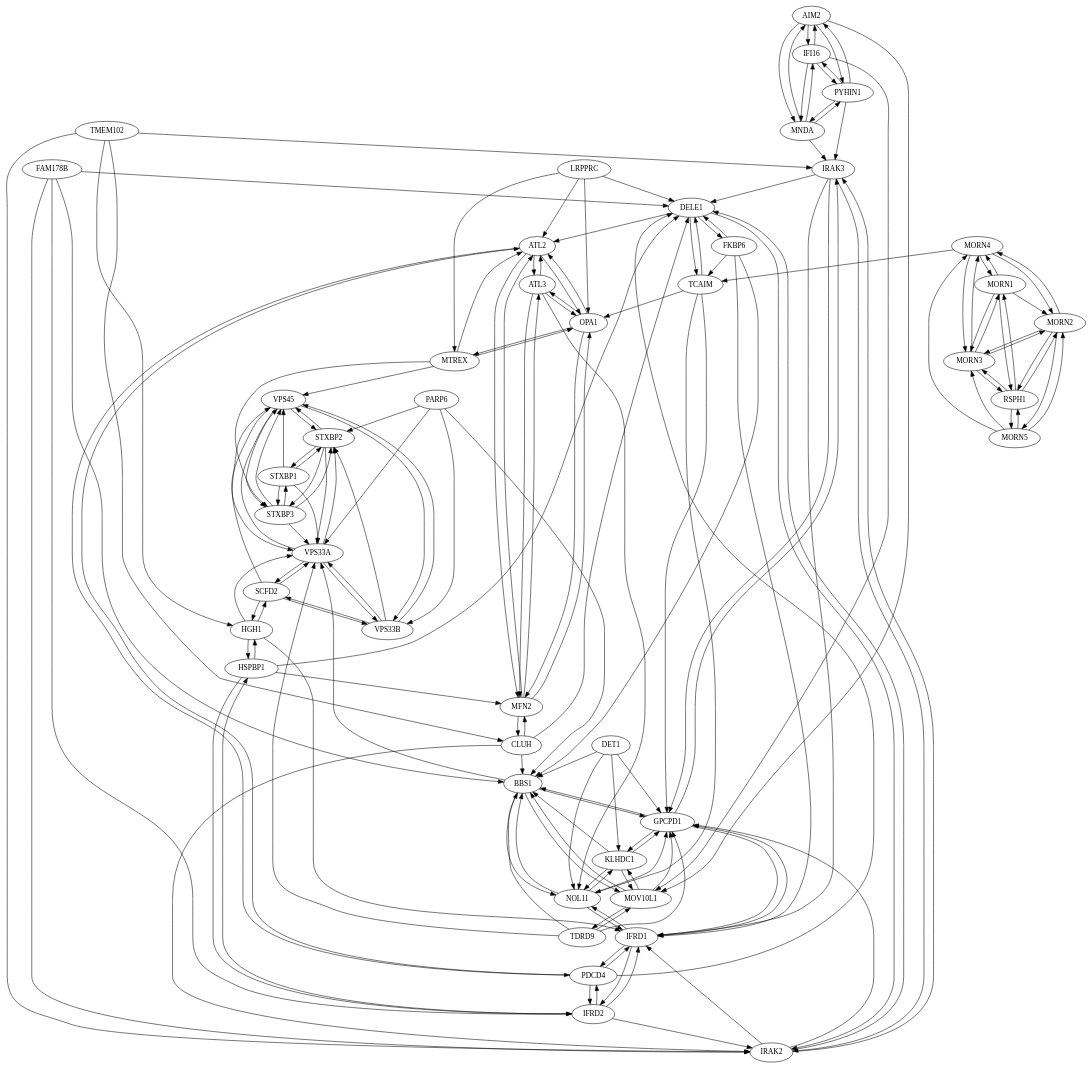
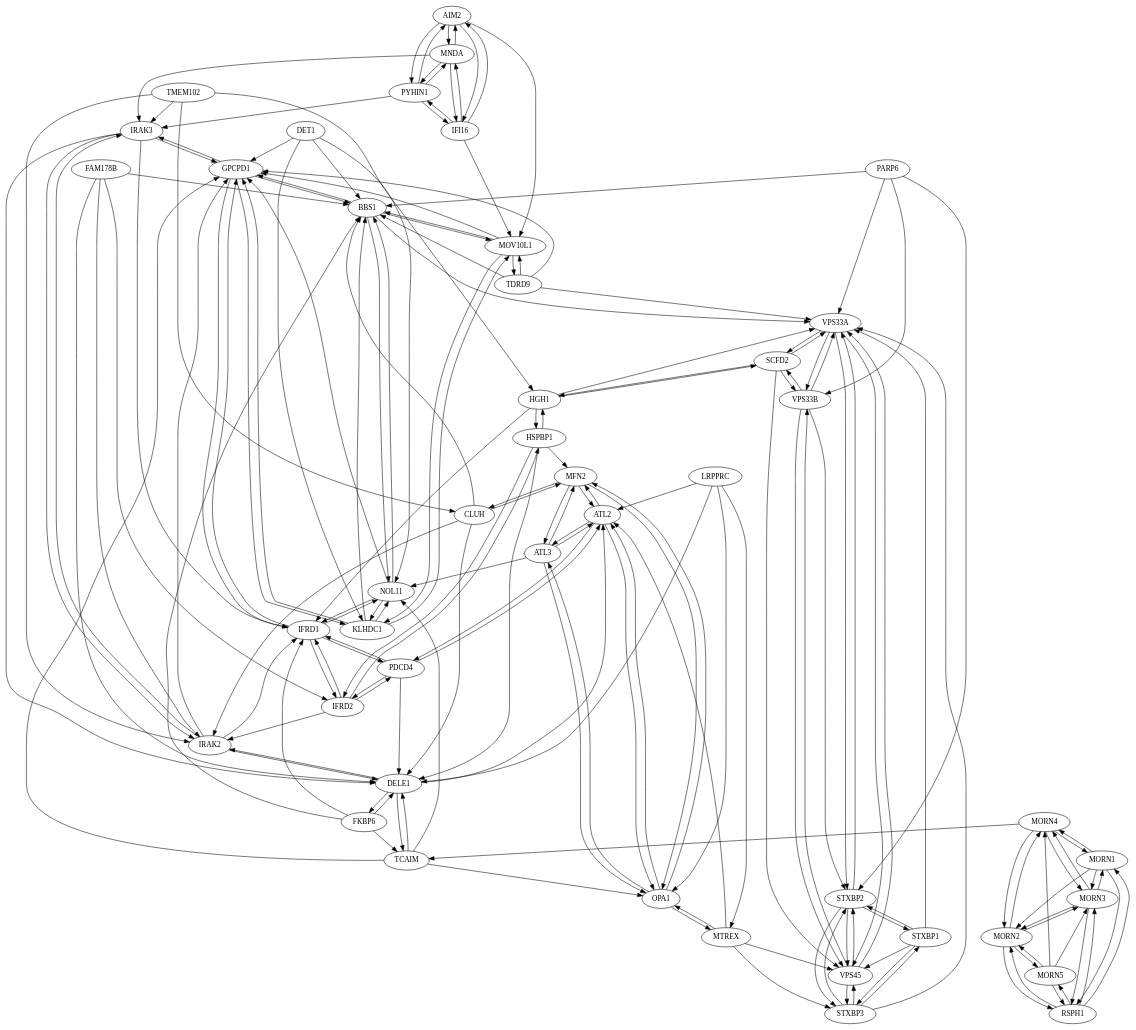
The diagram in v6/graphs/337.graph.dot (leonfrench/map-of-proteins-data), drawn with Graphviz before and after one commit. The commit also changed 457 other files, not shown here.

```diff
--- a/v6/graphs/337.graph.dot
+++ b/v6/graphs/337.graph.dot
@@ -1,222 +1,222 @@
 digraph G {
-"AIM2" ["l"="33.614792,0.834259"]
-"ATL2" ["l"="33.859348,-0.109298"]
-"ATL3" ["l"="34.059780,-0.148251"]
-"BBS1" ["l"="34.099655,0.879718"]
-"CLUH" ["l"="35.889523,-0.834135"]
-"DELE1" ["l"="31.828526,0.252847"]
-"DET1" ["l"="34.941544,0.679313"]
-"FAM178B" ["l"="35.104687,0.315275"]
-"FKBP6" ["l"="33.106407,1.098987"]
-"GPCPD1" ["l"="34.541611,1.039484"]
-"HGH1" ["l"="33.092319,0.328753"]
-"HSPBP1" ["l"="32.308960,0.352721"]
-"IFI16" ["l"="32.536552,0.805157"]
-"IFRD1" ["l"="33.137852,0.355464"]
-"IFRD2" ["l"="33.610489,0.773821"]
-"IRAK2" ["l"="31.879217,0.241009"]
-"IRAK3" ["l"="33.906845,0.502976"]
-"KLHDC1" ["l"="34.665222,0.000389"]
-"LRPPRC" ["l"="35.228863,-0.545729"]
-"MFN2" ["l"="32.882519,1.427433"]
-"MNDA" ["l"="32.970039,0.688924"]
-"MORN1" ["l"="34.025578,0.745406"]
-"MORN2" ["l"="33.846882,0.887772"]
-"MORN3" ["l"="33.435501,0.659262"]
-"MORN4" ["l"="35.296494,1.208142"]
-"MORN5" ["l"="33.122074,0.863422"]
-"MOV10L1" ["l"="32.929832,1.446775"]
-"MTREX" ["l"="34.613304,1.233159"]
-"NOL11" ["l"="33.060856,-0.213965"]
-"OPA1" ["l"="34.455662,0.403215"]
-"PARP6" ["l"="33.094704,1.710131"]
-"PDCD4" ["l"="32.265141,1.082936"]
-"PYHIN1" ["l"="32.294514,0.839730"]
-"RSPH1" ["l"="32.698730,0.340717"]
-"SCFD2" ["l"="35.012615,1.438157"]
-"STXBP1" ["l"="35.371799,0.558243"]
-"STXBP2" ["l"="34.487358,1.161938"]
-"STXBP3" ["l"="35.689655,1.030069"]
-"TCAIM" ["l"="34.429928,1.864681"]
-"TDRD9" ["l"="33.314529,1.277954"]
-"TMEM102" ["l"="34.431484,-0.468807"]
-"VPS33A" ["l"="35.523216,1.224516"]
-"VPS33B" ["l"="34.512119,1.142247"]
-"VPS45" ["l"="35.144524,0.751877"]
-"AIM2" -> "MNDA"
-"AIM2" -> "PYHIN1"
-"AIM2" -> "IFI16"
-"AIM2" -> "MOV10L1"
-"ATL2" -> "ATL3"
-"ATL2" -> "OPA1"
-"ATL2" -> "MFN2"
-"ATL2" -> "PDCD4"
-"ATL3" -> "ATL2"
-"ATL3" -> "MFN2"
-"ATL3" -> "OPA1"
-"ATL3" -> "NOL11"
-"BBS1" -> "NOL11"
-"BBS1" -> "MOV10L1"
-"BBS1" -> "VPS33A"
-"BBS1" -> "GPCPD1"
-"CLUH" -> "MFN2"
-"CLUH" -> "IRAK2"
-"CLUH" -> "BBS1"
-"CLUH" -> "DELE1"
-"DELE1" -> "TCAIM"
-"DELE1" -> "IRAK2"
-"DELE1" -> "ATL2"
-"DELE1" -> "FKBP6"
-"DET1" -> "GPCPD1"
-"DET1" -> "BBS1"
-"DET1" -> "KLHDC1"
-"DET1" -> "NOL11"
-"FAM178B" -> "IRAK2"
-"FAM178B" -> "DELE1"
-"FAM178B" -> "BBS1"
-"FAM178B" -> "IFRD2"
-"FKBP6" -> "DELE1"
-"FKBP6" -> "TCAIM"
-"FKBP6" -> "BBS1"
-"FKBP6" -> "IFRD1"
-"GPCPD1" -> "KLHDC1"
-"GPCPD1" -> "IRAK3"
-"GPCPD1" -> "BBS1"
-"GPCPD1" -> "IFRD1"
-"HGH1" -> "HSPBP1"
-"HGH1" -> "SCFD2"
-"HGH1" -> "IFRD1"
-"HGH1" -> "VPS33A"
-"HSPBP1" -> "HGH1"
-"HSPBP1" -> "MFN2"
-"HSPBP1" -> "IFRD2"
-"HSPBP1" -> "DELE1"
-"IFI16" -> "PYHIN1"
-"IFI16" -> "MNDA"
-"IFI16" -> "AIM2"
-"IFI16" -> "MOV10L1"
-"IFRD1" -> "IFRD2"
-"IFRD1" -> "PDCD4"
-"IFRD1" -> "GPCPD1"
-"IFRD1" -> "NOL11"
-"IFRD2" -> "IFRD1"
-"IFRD2" -> "PDCD4"
-"IFRD2" -> "HSPBP1"
-"IFRD2" -> "IRAK2"
-"IRAK2" -> "IRAK3"
-"IRAK2" -> "DELE1"
-"IRAK2" -> "GPCPD1"
-"IRAK2" -> "IFRD1"
-"IRAK3" -> "IRAK2"
-"IRAK3" -> "GPCPD1"
-"IRAK3" -> "IFRD1"
-"IRAK3" -> "DELE1"
-"KLHDC1" -> "GPCPD1"
-"KLHDC1" -> "NOL11"
-"KLHDC1" -> "BBS1"
-"KLHDC1" -> "MOV10L1"
-"LRPPRC" -> "OPA1"
-"LRPPRC" -> "MTREX"
-"LRPPRC" -> "ATL2"
-"LRPPRC" -> "DELE1"
-"MFN2" -> "ATL3"
-"MFN2" -> "ATL2"
-"MFN2" -> "OPA1"
-"MFN2" -> "CLUH"
-"MNDA" -> "PYHIN1"
-"MNDA" -> "IFI16"
-"MNDA" -> "AIM2"
-"MNDA" -> "IRAK3"
-"MORN1" -> "MORN3"
-"MORN1" -> "RSPH1"
-"MORN1" -> "MORN4"
-"MORN1" -> "MORN2"
-"MORN2" -> "MORN4"
-"MORN2" -> "RSPH1"
-"MORN2" -> "MORN5"
-"MORN2" -> "MORN3"
-"MORN3" -> "MORN1"
-"MORN3" -> "MORN4"
-"MORN3" -> "RSPH1"
-"MORN3" -> "MORN2"
-"MORN4" -> "MORN3"
-"MORN4" -> "MORN2"
-"MORN4" -> "MORN1"
-"MORN4" -> "TCAIM"
-"MORN5" -> "MORN2"
-"MORN5" -> "RSPH1"
-"MORN5" -> "MORN3"
-"MORN5" -> "MORN4"
-"MOV10L1" -> "TDRD9"
-"MOV10L1" -> "BBS1"
-"MOV10L1" -> "KLHDC1"
-"MOV10L1" -> "GPCPD1"
-"MTREX" -> "OPA1"
-"MTREX" -> "STXBP3"
-"MTREX" -> "VPS45"
-"MTREX" -> "ATL2"
-"NOL11" -> "BBS1"
-"NOL11" -> "KLHDC1"
-"NOL11" -> "GPCPD1"
-"NOL11" -> "IFRD1"
-"OPA1" -> "ATL2"
-"OPA1" -> "MFN2"
-"OPA1" -> "MTREX"
-"OPA1" -> "ATL3"
-"PARP6" -> "VPS33B"
-"PARP6" -> "VPS33A"
-"PARP6" -> "STXBP2"
-"PARP6" -> "BBS1"
-"PDCD4" -> "IFRD1"
-"PDCD4" -> "ATL2"
-"PDCD4" -> "IFRD2"
-"PDCD4" -> "DELE1"
-"PYHIN1" -> "MNDA"
-"PYHIN1" -> "IFI16"
-"PYHIN1" -> "AIM2"
-"PYHIN1" -> "IRAK3"
-"RSPH1" -> "MORN3"
-"RSPH1" -> "MORN1"
-"RSPH1" -> "MORN2"
-"RSPH1" -> "MORN5"
-"SCFD2" -> "VPS33A"
-"SCFD2" -> "VPS33B"
-"SCFD2" -> "VPS45"
-"SCFD2" -> "HGH1"
-"STXBP1" -> "STXBP2"
-"STXBP1" -> "VPS33A"
-"STXBP1" -> "VPS45"
-"STXBP1" -> "STXBP3"
-"STXBP2" -> "VPS45"
-"STXBP2" -> "STXBP3"
-"STXBP2" -> "STXBP1"
-"STXBP2" -> "VPS33A"
-"STXBP3" -> "VPS45"
-"STXBP3" -> "STXBP2"
-"STXBP3" -> "VPS33A"
-"STXBP3" -> "STXBP1"
-"TCAIM" -> "DELE1"
-"TCAIM" -> "NOL11"
-"TCAIM" -> "GPCPD1"
-"TCAIM" -> "OPA1"
-"TDRD9" -> "MOV10L1"
-"TDRD9" -> "BBS1"
-"TDRD9" -> "GPCPD1"
-"TDRD9" -> "VPS33A"
-"TMEM102" -> "IRAK2"
-"TMEM102" -> "HGH1"
-"TMEM102" -> "IRAK3"
-"TMEM102" -> "CLUH"
-"VPS33A" -> "VPS33B"
-"VPS33A" -> "SCFD2"
-"VPS33A" -> "VPS45"
-"VPS33A" -> "STXBP2"
-"VPS33B" -> "VPS33A"
-"VPS33B" -> "VPS45"
-"VPS33B" -> "SCFD2"
-"VPS33B" -> "STXBP2"
-"VPS45" -> "STXBP3"
-"VPS45" -> "VPS33A"
-"VPS45" -> "STXBP2"
-"VPS45" -> "VPS33B"
+"AIM2" -> "MNDA";
+"AIM2" -> "PYHIN1";
+"AIM2" -> "IFI16";
+"AIM2" -> "MOV10L1";
+"ATL2" -> "ATL3";
+"ATL2" -> "OPA1";
+"ATL2" -> "MFN2";
+"ATL2" -> "PDCD4";
+"ATL3" -> "ATL2";
+"ATL3" -> "MFN2";
+"ATL3" -> "OPA1";
+"ATL3" -> "NOL11";
+"BBS1" -> "NOL11";
+"BBS1" -> "MOV10L1";
+"BBS1" -> "VPS33A";
+"BBS1" -> "GPCPD1";
+"CLUH" -> "MFN2";
+"CLUH" -> "IRAK2";
+"CLUH" -> "BBS1";
+"CLUH" -> "DELE1";
+"DELE1" -> "TCAIM";
+"DELE1" -> "IRAK2";
+"DELE1" -> "ATL2";
+"DELE1" -> "FKBP6";
+"DET1" -> "GPCPD1";
+"DET1" -> "BBS1";
+"DET1" -> "KLHDC1";
+"DET1" -> "NOL11";
+"FAM178B" -> "IRAK2";
+"FAM178B" -> "DELE1";
+"FAM178B" -> "BBS1";
+"FAM178B" -> "IFRD2";
+"FKBP6" -> "DELE1";
+"FKBP6" -> "TCAIM";
+"FKBP6" -> "BBS1";
+"FKBP6" -> "IFRD1";
+"GPCPD1" -> "KLHDC1";
+"GPCPD1" -> "IRAK3";
+"GPCPD1" -> "BBS1";
+"GPCPD1" -> "IFRD1";
+"HGH1" -> "HSPBP1";
+"HGH1" -> "SCFD2";
+"HGH1" -> "IFRD1";
+"HGH1" -> "VPS33A";
+"HSPBP1" -> "HGH1";
+"HSPBP1" -> "MFN2";
+"HSPBP1" -> "IFRD2";
+"HSPBP1" -> "DELE1";
+"IFI16" -> "PYHIN1";
+"IFI16" -> "MNDA";
+"IFI16" -> "AIM2";
+"IFI16" -> "MOV10L1";
+"IFRD1" -> "IFRD2";
+"IFRD1" -> "PDCD4";
+"IFRD1" -> "GPCPD1";
+"IFRD1" -> "NOL11";
+"IFRD2" -> "IFRD1";
+"IFRD2" -> "PDCD4";
+"IFRD2" -> "HSPBP1";
+"IFRD2" -> "IRAK2";
+"IRAK2" -> "IRAK3";
+"IRAK2" -> "DELE1";
+"IRAK2" -> "GPCPD1";
+"IRAK2" -> "IFRD1";
+"IRAK3" -> "IRAK2";
+"IRAK3" -> "GPCPD1";
+"IRAK3" -> "IFRD1";
+"IRAK3" -> "DELE1";
+"KLHDC1" -> "GPCPD1";
+"KLHDC1" -> "NOL11";
+"KLHDC1" -> "BBS1";
+"KLHDC1" -> "MOV10L1";
+"LRPPRC" -> "OPA1";
+"LRPPRC" -> "MTREX";
+"LRPPRC" -> "ATL2";
+"LRPPRC" -> "DELE1";
+"MFN2" -> "ATL3";
+"MFN2" -> "ATL2";
+"MFN2" -> "OPA1";
+"MFN2" -> "CLUH";
+"MNDA" -> "PYHIN1";
+"MNDA" -> "IFI16";
+"MNDA" -> "AIM2";
+"MNDA" -> "IRAK3";
+"MORN1" -> "MORN3";
+"MORN1" -> "RSPH1";
+"MORN1" -> "MORN4";
+"MORN1" -> "MORN2";
+"MORN2" -> "MORN4";
+"MORN2" -> "RSPH1";
+"MORN2" -> "MORN5";
+"MORN2" -> "MORN3";
+"MORN3" -> "MORN1";
+"MORN3" -> "MORN4";
+"MORN3" -> "RSPH1";
+"MORN3" -> "MORN2";
+"MORN4" -> "MORN3";
+"MORN4" -> "MORN2";
+"MORN4" -> "MORN1";
+"MORN4" -> "TCAIM";
+"MORN5" -> "MORN2";
+"MORN5" -> "RSPH1";
+"MORN5" -> "MORN3";
+"MORN5" -> "MORN4";
+"MOV10L1" -> "TDRD9";
+"MOV10L1" -> "BBS1";
+"MOV10L1" -> "KLHDC1";
+"MOV10L1" -> "GPCPD1";
+"MTREX" -> "OPA1";
+"MTREX" -> "STXBP3";
+"MTREX" -> "VPS45";
+"MTREX" -> "ATL2";
+"NOL11" -> "BBS1";
+"NOL11" -> "KLHDC1";
+"NOL11" -> "GPCPD1";
+"NOL11" -> "IFRD1";
+"OPA1" -> "ATL2";
+"OPA1" -> "MFN2";
+"OPA1" -> "MTREX";
+"OPA1" -> "ATL3";
+"PARP6" -> "VPS33B";
+"PARP6" -> "VPS33A";
+"PARP6" -> "STXBP2";
+"PARP6" -> "BBS1";
+"PDCD4" -> "IFRD1";
+"PDCD4" -> "ATL2";
+"PDCD4" -> "IFRD2";
+"PDCD4" -> "DELE1";
+"PYHIN1" -> "MNDA";
+"PYHIN1" -> "IFI16";
+"PYHIN1" -> "AIM2";
+"PYHIN1" -> "IRAK3";
+"RSPH1" -> "MORN3";
+"RSPH1" -> "MORN1";
+"RSPH1" -> "MORN2";
+"RSPH1" -> "MORN5";
+"SCFD2" -> "VPS33A";
+"SCFD2" -> "VPS33B";
+"SCFD2" -> "VPS45";
+"SCFD2" -> "HGH1";
+"STXBP1" -> "STXBP2";
+"STXBP1" -> "VPS33A";
+"STXBP1" -> "VPS45";
+"STXBP1" -> "STXBP3";
+"STXBP2" -> "VPS45";
+"STXBP2" -> "STXBP3";
+"STXBP2" -> "STXBP1";
+"STXBP2" -> "VPS33A";
+"STXBP3" -> "VPS45";
+"STXBP3" -> "STXBP2";
+"STXBP3" -> "VPS33A";
+"STXBP3" -> "STXBP1";
+"TCAIM" -> "DELE1";
+"TCAIM" -> "NOL11";
+"TCAIM" -> "GPCPD1";
+"TCAIM" -> "OPA1";
+"TDRD9" -> "MOV10L1";
+"TDRD9" -> "BBS1";
+"TDRD9" -> "GPCPD1";
+"TDRD9" -> "VPS33A";
+"TMEM102" -> "IRAK2";
+"TMEM102" -> "HGH1";
+"TMEM102" -> "IRAK3";
+"TMEM102" -> "CLUH";
+"VPS33A" -> "VPS33B";
+"VPS33A" -> "SCFD2";
+"VPS33A" -> "VPS45";
+"VPS33A" -> "STXBP2";
+"VPS33B" -> "VPS33A";
+"VPS33B" -> "VPS45";
+"VPS33B" -> "SCFD2";
+"VPS33B" -> "STXBP2";
+"VPS45" -> "STXBP3";
+"VPS45" -> "VPS33A";
+"VPS45" -> "STXBP2";
+"VPS45" -> "VPS33B";
+"AIM2" ["l"="33.614792,0.834259"];
+"ATL2" ["l"="33.859348,-0.109298"];
+"ATL3" ["l"="34.059780,-0.148251"];
+"BBS1" ["l"="34.099655,0.879718"];
+"CLUH" ["l"="35.889523,-0.834135"];
+"DELE1" ["l"="31.828526,0.252847"];
+"DET1" ["l"="34.941544,0.679313"];
+"FAM178B" ["l"="35.104687,0.315275"];
+"FKBP6" ["l"="33.106407,1.098987"];
+"GPCPD1" ["l"="34.541611,1.039484"];
+"HGH1" ["l"="33.092319,0.328753"];
+"HSPBP1" ["l"="32.308960,0.352721"];
+"IFI16" ["l"="32.536552,0.805157"];
+"IFRD1" ["l"="33.137852,0.355464"];
+"IFRD2" ["l"="33.610489,0.773821"];
+"IRAK2" ["l"="31.879217,0.241009"];
+"IRAK3" ["l"="33.906845,0.502976"];
+"KLHDC1" ["l"="34.665222,0.000389"];
+"LRPPRC" ["l"="35.228863,-0.545729"];
+"MFN2" ["l"="32.882519,1.427433"];
+"MNDA" ["l"="32.970039,0.688924"];
+"MORN1" ["l"="34.025578,0.745406"];
+"MORN2" ["l"="33.846882,0.887772"];
+"MORN3" ["l"="33.435501,0.659262"];
+"MORN4" ["l"="35.296494,1.208142"];
+"MORN5" ["l"="33.122074,0.863422"];
+"MOV10L1" ["l"="32.929832,1.446775"];
+"MTREX" ["l"="34.613304,1.233159"];
+"NOL11" ["l"="33.060856,-0.213965"];
+"OPA1" ["l"="34.455662,0.403215"];
+"PARP6" ["l"="33.094704,1.710131"];
+"PDCD4" ["l"="32.265141,1.082936"];
+"PYHIN1" ["l"="32.294514,0.839730"];
+"RSPH1" ["l"="32.698730,0.340717"];
+"SCFD2" ["l"="35.012615,1.438157"];
+"STXBP1" ["l"="35.371799,0.558243"];
+"STXBP2" ["l"="34.487358,1.161938"];
+"STXBP3" ["l"="35.689655,1.030069"];
+"TCAIM" ["l"="34.429928,1.864681"];
+"TDRD9" ["l"="33.314529,1.277954"];
+"TMEM102" ["l"="34.431484,-0.468807"];
+"VPS33A" ["l"="35.523216,1.224516"];
+"VPS33B" ["l"="34.512119,1.142247"];
+"VPS45" ["l"="35.144524,0.751877"];
 }
```
